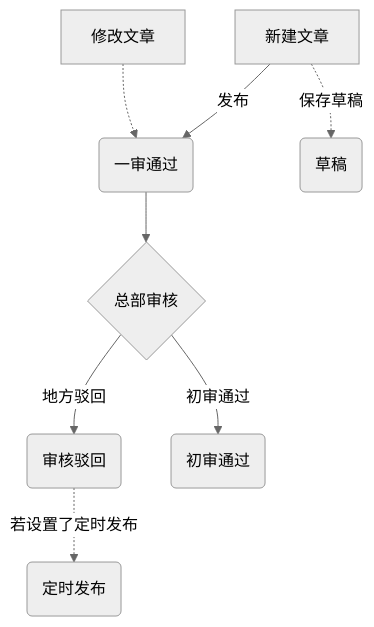
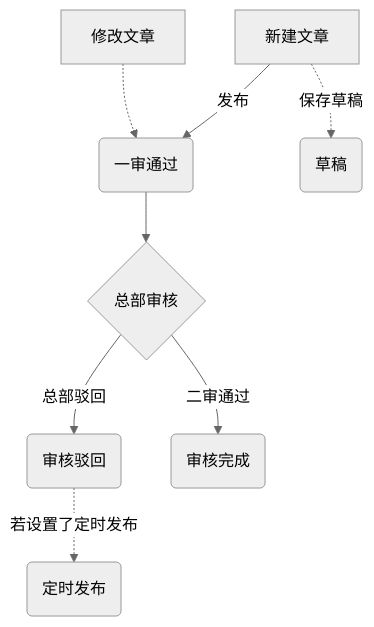
The diagram in intro/how/cnpya/Publish.md (xiongjiamu/xsn_admin), drawn with Mermaid (neutral theme) before and after one commit. The commit also changed 313 other files, not shown here.

````diff
--- a/intro/how/cnpya/Publish.md
+++ b/intro/how/cnpya/Publish.md
@@ -23,10 +23,10 @@
 ```mermaid
 graph TD
 a[新建文章]-->|发布|b(一审通过)
 a-.->|保存草稿|c(草稿)
 g[修改文章]-.->b
 b-->d{总部审核}
-d-->|地方驳回|e(审核驳回)
-d-->|初审通过|h(初审通过)
+d-->|总部驳回|e(审核驳回)
+d-->|二审通过|h(审核完成)
 e-.->|若设置了定时发布|l(定时发布)
 ```
````
